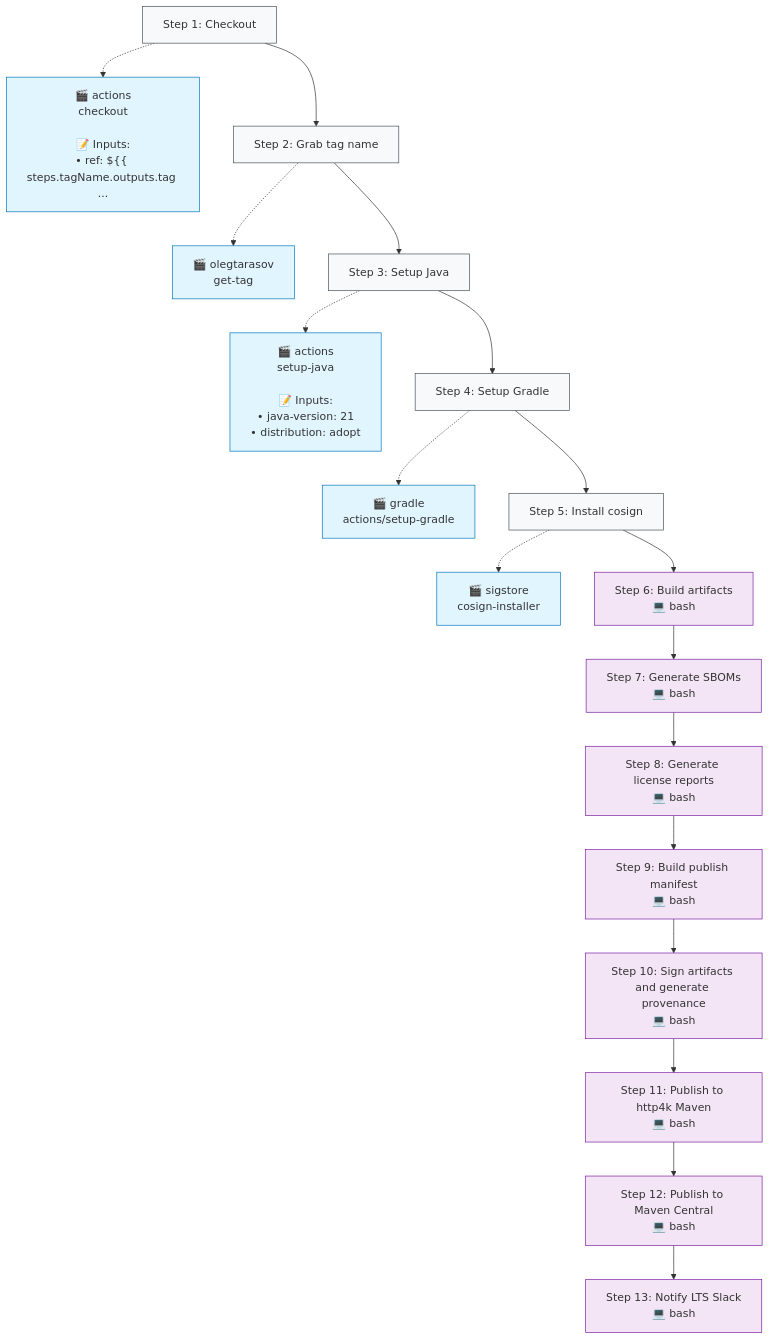
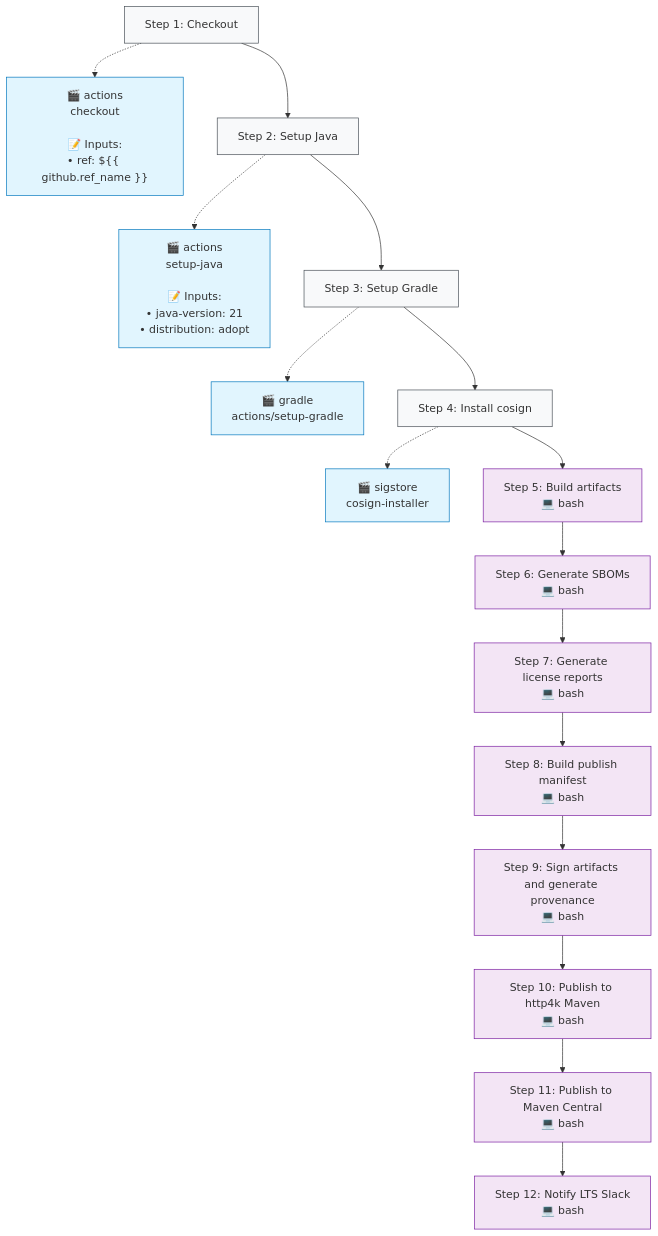
One commit to http4k/http4k changed the second of 2 diagrams in .github/typeflows/publish-artifacts/README.md. Above: the diagram before and after it, drawn with Mermaid. The commit also changed other lines of this file and 6 other files, not shown here.

````diff
--- a/.github/typeflows/publish-artifacts/README.md
+++ b/.github/typeflows/publish-artifacts/README.md
@@ -22,57 +21,51 @@
 ```mermaid
 %%{init: {"flowchart": {"curve": "basis"}}}%%
 flowchart TD
     step1["Step 1: Checkout"]
     style step1 fill:#f8f9fa,stroke:#495057
-    action1["🎬 actions<br/>checkout<br/><br/>📝 Inputs:<br/>• ref: ${{ steps.tagName.outputs.tag ..."]
+    action1["🎬 actions<br/>checkout<br/><br/>📝 Inputs:<br/>• ref: ${{ github.ref_name }}"]
     style action1 fill:#e1f5fe,stroke:#0277bd
     step1 -.-> action1
-    step2["Step 2: Grab tag name"]
+    step2["Step 2: Setup Java"]
     style step2 fill:#f8f9fa,stroke:#495057
-    action2["🎬 olegtarasov<br/>get-tag"]
+    action2["🎬 actions<br/>setup-java<br/><br/>📝 Inputs:<br/>• java-version: 21<br/>• distribution: adopt"]
     style action2 fill:#e1f5fe,stroke:#0277bd
     step2 -.-> action2
     step1 --> step2
-    step3["Step 3: Setup Java"]
+    step3["Step 3: Setup Gradle"]
     style step3 fill:#f8f9fa,stroke:#495057
-    action3["🎬 actions<br/>setup-java<br/><br/>📝 Inputs:<br/>• java-version: 21<br/>• distribution: adopt"]
+    action3["🎬 gradle<br/>actions/setup-gradle"]
     style action3 fill:#e1f5fe,stroke:#0277bd
     step3 -.-> action3
     step2 --> step3
-    step4["Step 4: Setup Gradle"]
+    step4["Step 4: Install cosign"]
     style step4 fill:#f8f9fa,stroke:#495057
-    action4["🎬 gradle<br/>actions/setup-gradle"]
+    action4["🎬 sigstore<br/>cosign-installer"]
     style action4 fill:#e1f5fe,stroke:#0277bd
     step4 -.-> action4
     step3 --> step4
-    step5["Step 5: Install cosign"]
-    style step5 fill:#f8f9fa,stroke:#495057
-    action5["🎬 sigstore<br/>cosign-installer"]
-    style action5 fill:#e1f5fe,stroke:#0277bd
-    step5 -.-> action5
+    step5["Step 5: Build artifacts<br/>💻 bash"]
+    style step5 fill:#f3e5f5,stroke:#7b1fa2
     step4 --> step5
-    step6["Step 6: Build artifacts<br/>💻 bash"]
+    step6["Step 6: Generate SBOMs<br/>💻 bash"]
     style step6 fill:#f3e5f5,stroke:#7b1fa2
     step5 --> step6
-    step7["Step 7: Generate SBOMs<br/>💻 bash"]
+    step7["Step 7: Generate license reports<br/>💻 bash"]
     style step7 fill:#f3e5f5,stroke:#7b1fa2
     step6 --> step7
-    step8["Step 8: Generate license reports<br/>💻 bash"]
+    step8["Step 8: Build publish manifest<br/>💻 bash"]
     style step8 fill:#f3e5f5,stroke:#7b1fa2
     step7 --> step8
-    step9["Step 9: Build publish manifest<br/>💻 bash"]
+    step9["Step 9: Sign artifacts and generate provenance<br/>💻 bash"]
     style step9 fill:#f3e5f5,stroke:#7b1fa2
     step8 --> step9
-    step10["Step 10: Sign artifacts and generate provenance<br/>💻 bash"]
+    step10["Step 10: Publish to http4k Maven<br/>💻 bash"]
     style step10 fill:#f3e5f5,stroke:#7b1fa2
     step9 --> step10
-    step11["Step 11: Publish to http4k Maven<br/>💻 bash"]
+    step11["Step 11: Publish to Maven Central<br/>💻 bash"]
     style step11 fill:#f3e5f5,stroke:#7b1fa2
     step10 --> step11
-    step12["Step 12: Publish to Maven Central<br/>💻 bash"]
+    step12["Step 12: Notify LTS Slack<br/>💻 bash"]
     style step12 fill:#f3e5f5,stroke:#7b1fa2
     step11 --> step12
-    step13["Step 13: Notify LTS Slack<br/>💻 bash"]
-    style step13 fill:#f3e5f5,stroke:#7b1fa2
-    step12 --> step13
 ```
````
